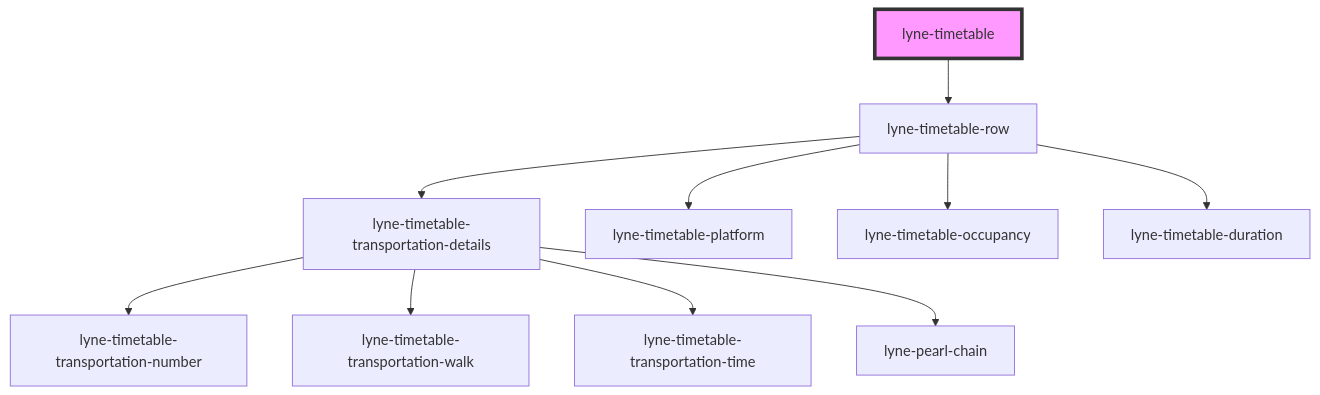
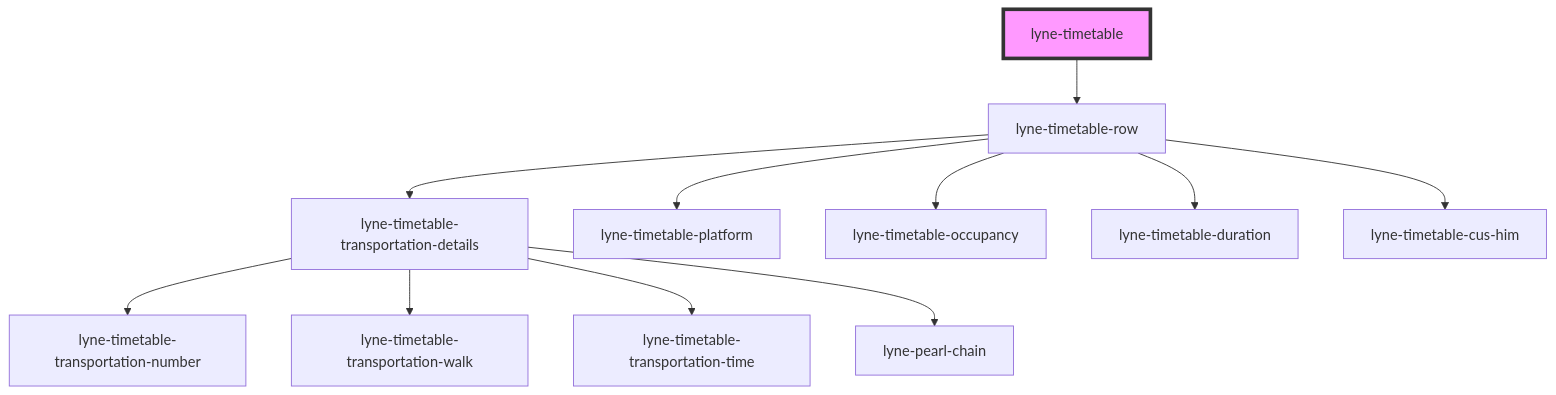
One commit to sbb-design-systems/lyne-components changed the diagram in src/components/lyne-timetable/readme.md. Above: the diagram before and after it, drawn with Mermaid. The commit also changed 22 other files, not shown here.

Commit message:
feat: is adding lyne-timetable-cus-him module

````diff
--- a/src/components/lyne-timetable/readme.md
+++ b/src/components/lyne-timetable/readme.md
@@ -22,13 +22,14 @@
 ```mermaid
 graph TD;
   lyne-timetable --> lyne-timetable-row
   lyne-timetable-row --> lyne-timetable-transportation-details
   lyne-timetable-row --> lyne-timetable-platform
   lyne-timetable-row --> lyne-timetable-occupancy
   lyne-timetable-row --> lyne-timetable-duration
+  lyne-timetable-row --> lyne-timetable-cus-him
   lyne-timetable-transportation-details --> lyne-timetable-transportation-number
   lyne-timetable-transportation-details --> lyne-timetable-transportation-walk
   lyne-timetable-transportation-details --> lyne-timetable-transportation-time
   lyne-timetable-transportation-details --> lyne-pearl-chain
   style lyne-timetable fill:#f9f,stroke:#333,stroke-width:4px
 ```
````
